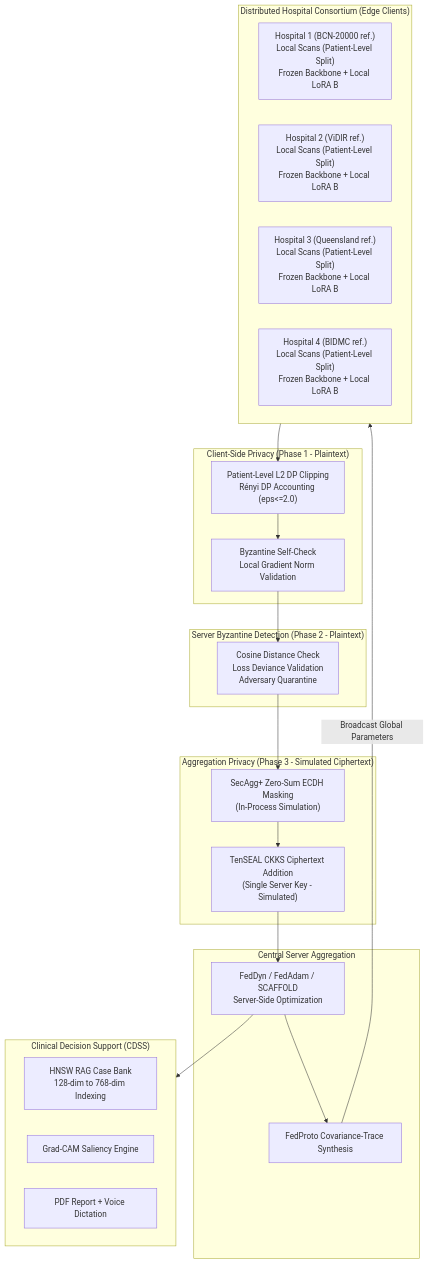
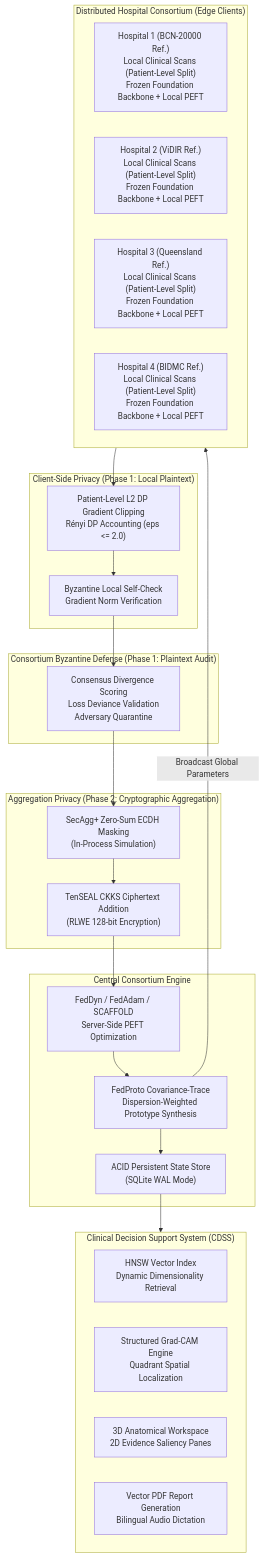
Before and after one commit to yusufcalisir/Fed-XRay: the diagram in README.md, drawn with Mermaid. The commit also changed other lines of this file and 3 other files, not shown here.

````diff
--- a/README.md
+++ b/README.md
@@ -146,44 +107,47 @@
 ```mermaid
 flowchart TD
     subgraph HospitalNodes["Distributed Hospital Consortium (Edge Clients)"]
-        H1["Hospital 1 (BCN-20000 ref.)\nLocal Scans (Patient-Level Split)\nFrozen Backbone + Local LoRA B"]
-        H2["Hospital 2 (ViDIR ref.)\nLocal Scans (Patient-Level Split)\nFrozen Backbone + Local LoRA B"]
-        H3["Hospital 3 (Queensland ref.)\nLocal Scans (Patient-Level Split)\nFrozen Backbone + Local LoRA B"]
-        H4["Hospital 4 (BIDMC ref.)\nLocal Scans (Patient-Level Split)\nFrozen Backbone + Local LoRA B"]
+        H1["Hospital 1 (BCN-20000 Ref.)\nLocal Clinical Scans (Patient-Level Split)\nFrozen Foundation Backbone + Local PEFT"]
+        H2["Hospital 2 (ViDIR Ref.)\nLocal Clinical Scans (Patient-Level Split)\nFrozen Foundation Backbone + Local PEFT"]
+        H3["Hospital 3 (Queensland Ref.)\nLocal Clinical Scans (Patient-Level Split)\nFrozen Foundation Backbone + Local PEFT"]
+        H4["Hospital 4 (BIDMC Ref.)\nLocal Clinical Scans (Patient-Level Split)\nFrozen Foundation Backbone + Local PEFT"]
     end
 
-    subgraph ClientPrivacy["Client-Side Privacy (Phase 1 - Plaintext)"]
-        DP["Patient-Level L2 DP Clipping\nRényi DP Accounting (eps<=2.0)"]
-        Byz["Byzantine Self-Check\nLocal Gradient Norm Validation"]
+    subgraph ClientPrivacy["Client-Side Privacy (Phase 1: Local Plaintext)"]
+        DP["Patient-Level L2 DP Gradient Clipping\nRényi DP Accounting (eps <= 2.0)"]
+        ByzSelf["Byzantine Local Self-Check\nGradient Norm Verification"]
     end
 
-    subgraph ServerByz["Server Byzantine Detection (Phase 2 - Plaintext)"]
-        ByzServer["Cosine Distance Check\nLoss Deviance Validation\nAdversary Quarantine"]
+    subgraph ServerByz["Consortium Byzantine Defense (Phase 1: Plaintext Audit)"]
+        ByzServer["Consensus Divergence Scoring\nLoss Deviance Validation\nAdversary Quarantine"]
     end
 
-    subgraph CipherPhase["Aggregation Privacy (Phase 3 - Simulated Ciphertext)"]
+    subgraph CipherPhase["Aggregation Privacy (Phase 2: Cryptographic Aggregation)"]
         SecAgg["SecAgg+ Zero-Sum ECDH Masking\n(In-Process Simulation)"]
-        CKKS["TenSEAL CKKS Ciphertext Addition\n(Single Server Key - Simulated)"]
+        CKKS["TenSEAL CKKS Ciphertext Addition\n(RLWE 128-bit Encryption)"]
     end
 
-    subgraph ServerCore["Central Server Aggregation"]
-        Opt["FedDyn / FedAdam / SCAFFOLD\nServer-Side Optimization"]
-        Proto["FedProto Covariance-Trace Synthesis"]
+    subgraph ServerCore["Central Consortium Engine"]
+        Opt["FedDyn / FedAdam / SCAFFOLD\nServer-Side PEFT Optimization"]
+        Proto["FedProto Covariance-Trace\nDispersion-Weighted Prototype Synthesis"]
+        State["ACID Persistent State Store\n(SQLite WAL Mode)"]
     end
 
-    subgraph CDSSStudio["Clinical Decision Support (CDSS)"]
-        RAG["HNSW RAG Case Bank\n128-dim to 768-dim Indexing"]
-        XAI["Grad-CAM Saliency Engine"]
-        Report["PDF Report + Voice Dictation"]
+    subgraph CDSSStudio["Clinical Decision Support System (CDSS)"]
+        RAG["HNSW Vector Index\nDynamic Dimensionality Retrieval"]
+        XAI["Structured Grad-CAM Engine\nQuadrant Spatial Localization"]
+        Viewer["3D Anatomical Workspace\n2D Evidence Saliency Panes"]
+        Report["Vector PDF Report Generation\nBilingual Audio Dictation"]
     end
 
     HospitalNodes --> DP
-    DP --> Byz
-    Byz --> ByzServer
+    DP --> ByzSelf
+    ByzSelf --> ByzServer
     ByzServer --> SecAgg
     SecAgg --> CKKS
     CKKS --> Opt
     Opt --> Proto
+    Proto --> State
     Proto -->|Broadcast Global Parameters| HospitalNodes
-    Opt --> CDSSStudio
+    State --> CDSSStudio
 ```
````
